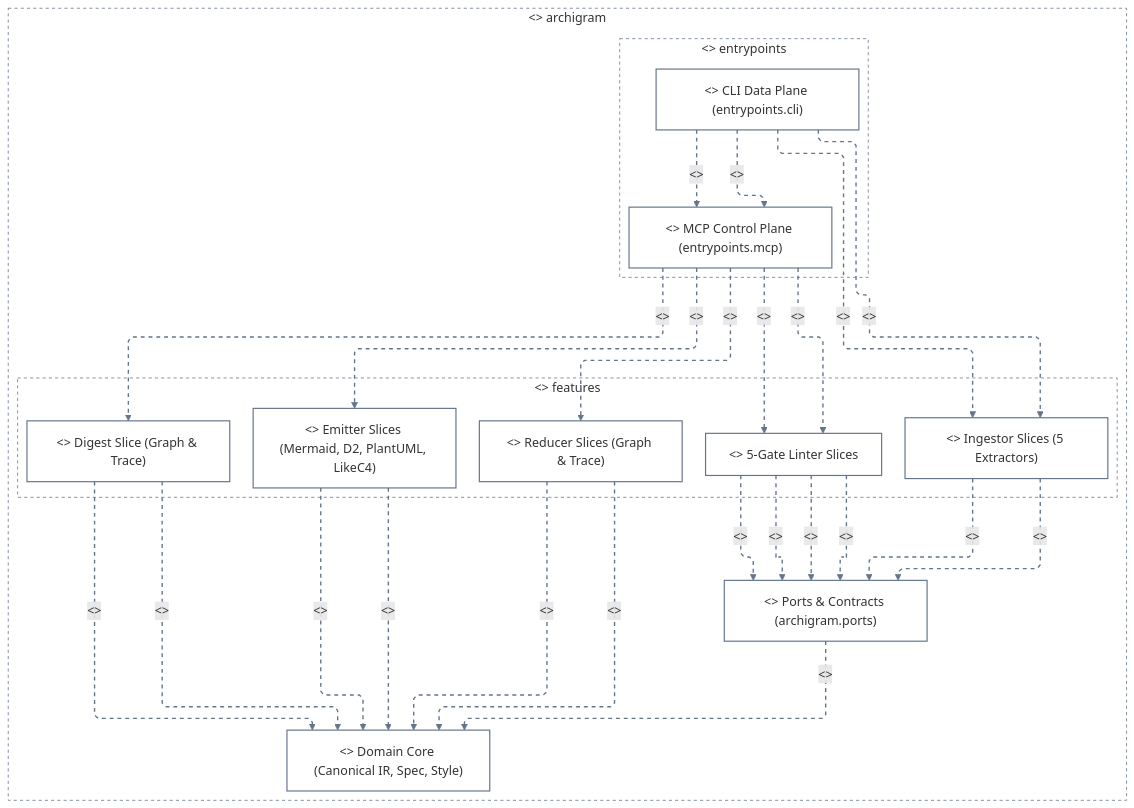
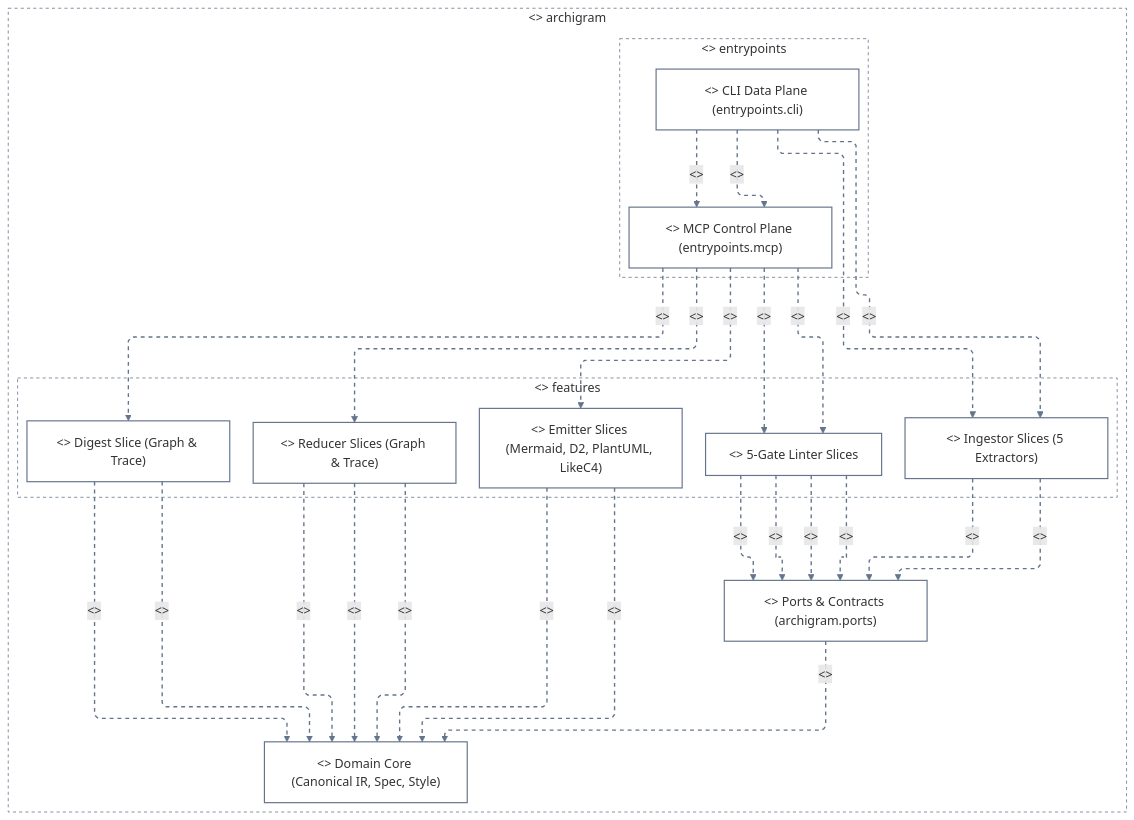
One commit to klcd/archigram changed the third of 8 diagrams in docs/architecture/uml-and-curation-showcase.md. Above: the diagram before and after it, drawn with Mermaid. The commit also changed other lines of this file and 28 other files, not shown here.

````diff
--- a/docs/architecture/uml-and-curation-showcase.md
+++ b/docs/architecture/uml-and-curation-showcase.md
@@ -323,55 +323,56 @@
 ```mermaid
 ---
 config:
   layout: elk
   elk:
     mergeEdges: false
     nodePlacementStrategy: BRANDES_KOEPF
   flowchart:
     defaultRenderer: elk
     curve: linear
 ---
 flowchart TD
   classDef default fill:transparent,stroke:#64748b,stroke-width:1.5px
   subgraph n0["<<package>> archigram"]
     subgraph n1["<<package>> entrypoints"]
       n3["<<package>> CLI Data Plane (entrypoints.cli)"]
       n10["<<package>> MCP Control Plane (entrypoints.mcp)"]
     end
     subgraph n2["<<package>> features"]
       n5["<<package>> Digest Slice (Graph & Trace)"]
       n6["<<package>> Emitter Slices (Mermaid, D2, PlantUML, LikeC4)"]
       n7["<<package>> Ingestor Slices (5 Extractors)"]
       n8["<<package>> 5-Gate Linter Slices"]
       n9["<<package>> Reducer Slices (Graph & Trace)"]
     end
     n4["<<package>> Domain Core (Canonical IR, Spec, Style)"]
     n11["<<package>> Ports & Contracts (archigram.ports)"]
   end
   style n0 fill:transparent,stroke:#64748b,stroke-width:1px,stroke-dasharray:4 4
   style n1 fill:transparent,stroke:#64748b,stroke-width:1px,stroke-dasharray:4 4
   style n2 fill:transparent,stroke:#64748b,stroke-width:1px,stroke-dasharray:4 4
   n10 -.->|"<<import>>"| n5
   n5 -.->|"<<import>>"| n4
   n9 -.->|"<<import>>"| n4
+  n9 -.->|"<<import>>"| n4
   n5 -.->|"<<import>>"| n4
   n11 -.->|"<<import>>"| n4
   n9 -.->|"<<import>>"| n4
   n6 -.->|"<<import>>"| n4
   n6 -.->|"<<import>>"| n4
   n10 -.->|"<<import>>"| n6
   n3 -.->|"<<import>>"| n7
   n3 -.->|"<<import>>"| n7
   n10 -.->|"<<import>>"| n8
   n10 -.->|"<<import>>"| n8
   n3 -.->|"<<import>>"| n10
   n3 -.->|"<<import>>"| n10
   n8 -.->|"<<import>>"| n11
   n7 -.->|"<<import>>"| n11
   n8 -.->|"<<import>>"| n11
   n8 -.->|"<<import>>"| n11
   n7 -.->|"<<import>>"| n11
   n8 -.->|"<<import>>"| n11
   n10 -.->|"<<import>>"| n9
-  linkStyle 0,1,2,3,4,5,6,7,8,9,10,11,12,13,14,15,16,17,18,19,20,21 stroke:#64748b,stroke-width:1.75px,stroke-dasharray:5 5
+  linkStyle 0,1,2,3,4,5,6,7,8,9,10,11,12,13,14,15,16,17,18,19,20,21,22 stroke:#64748b,stroke-width:1.75px,stroke-dasharray:5 5
 ```
````
